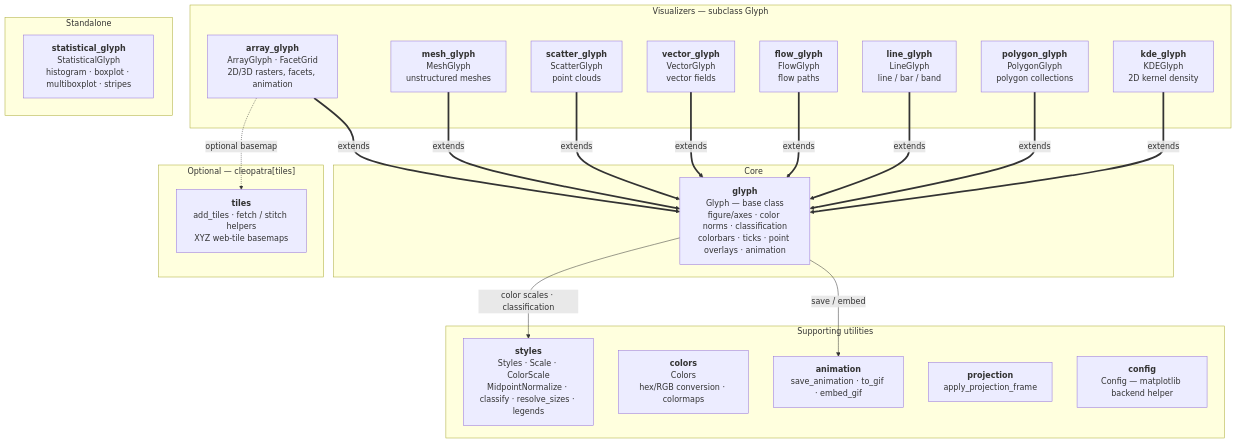
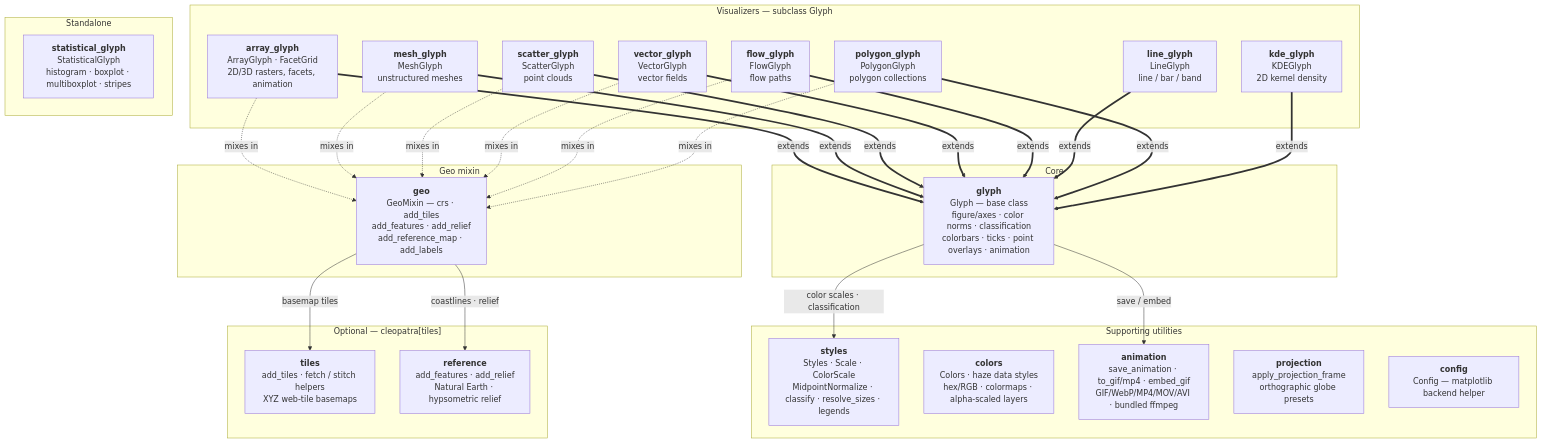
One commit to serapeum-org/cleopatra changed the diagram in README.md. Above: the diagram before and after it, drawn with Mermaid. The commit also changed other lines of this file and 30 other files, not shown here.

````diff
--- a/README.md
+++ b/README.md
@@ -22,38 +22,45 @@
 ```mermaid
 graph TD
     subgraph core["Core"]
         glyph["<b>glyph</b><br/>Glyph — base class<br/>figure/axes · color norms · classification<br/>colorbars · ticks · point overlays · animation"]
+    end
+
+    subgraph geomixin["Geo mixin"]
+        geo["<b>geo</b><br/>GeoMixin — crs · add_tiles<br/>add_features · add_relief<br/>add_reference_map · add_labels"]
     end
 
     subgraph visualizers["Visualizers — subclass Glyph"]
         array_glyph["<b>array_glyph</b><br/>ArrayGlyph · FacetGrid<br/>2D/3D rasters, facets, animation"]
         mesh_glyph["<b>mesh_glyph</b><br/>MeshGlyph<br/>unstructured meshes"]
         scatter_glyph["<b>scatter_glyph</b><br/>ScatterGlyph<br/>point clouds"]
         vector_glyph["<b>vector_glyph</b><br/>VectorGlyph<br/>vector fields"]
         flow_glyph["<b>flow_glyph</b><br/>FlowGlyph<br/>flow paths"]
         line_glyph["<b>line_glyph</b><br/>LineGlyph<br/>line / bar / band"]
         polygon_glyph["<b>polygon_glyph</b><br/>PolygonGlyph<br/>polygon collections"]
         kde_glyph["<b>kde_glyph</b><br/>KDEGlyph<br/>2D kernel density"]
     end
 
     subgraph standalone["Standalone"]
         statistical_glyph["<b>statistical_glyph</b><br/>StatisticalGlyph<br/>histogram · boxplot · multiboxplot · stripes"]
     end
 
     subgraph support["Supporting utilities"]
         styles["<b>styles</b><br/>Styles · Scale · ColorScale<br/>MidpointNormalize · classify · resolve_sizes · legends"]
-        colors["<b>colors</b><br/>Colors<br/>hex/RGB conversion · colormaps"]
-        animation["<b>animation</b><br/>save_animation · to_gif · embed_gif"]
-        projection["<b>projection</b><br/>apply_projection_frame"]
+        colors["<b>colors</b><br/>Colors · haze data styles<br/>hex/RGB · colormaps · alpha-scaled layers"]
+        animation["<b>animation</b><br/>save_animation · to_gif/mp4 · embed_gif<br/>GIF/WebP/MP4/MOV/AVI · bundled ffmpeg"]
+        projection["<b>projection</b><br/>apply_projection_frame<br/>orthographic globe presets"]
         config["<b>config</b><br/>Config — matplotlib backend helper"]
     end
 
     subgraph optional["Optional — cleopatra[tiles]"]
         tiles["<b>tiles</b><br/>add_tiles · fetch / stitch helpers<br/>XYZ web-tile basemaps"]
+        reference["<b>reference</b><br/>add_features · add_relief<br/>Natural Earth · hypsometric relief"]
     end
 
     array_glyph & mesh_glyph & scatter_glyph & vector_glyph & flow_glyph & line_glyph & polygon_glyph & kde_glyph ==>|extends| glyph
+    array_glyph & mesh_glyph & scatter_glyph & vector_glyph & flow_glyph & polygon_glyph -.->|mixes in| geo
+    geo -->|basemap tiles| tiles
+    geo -->|coastlines · relief| reference
     glyph -->|color scales · classification| styles
     glyph -->|save / embed| animation
-    array_glyph -.->|optional basemap| tiles
 ```
````
